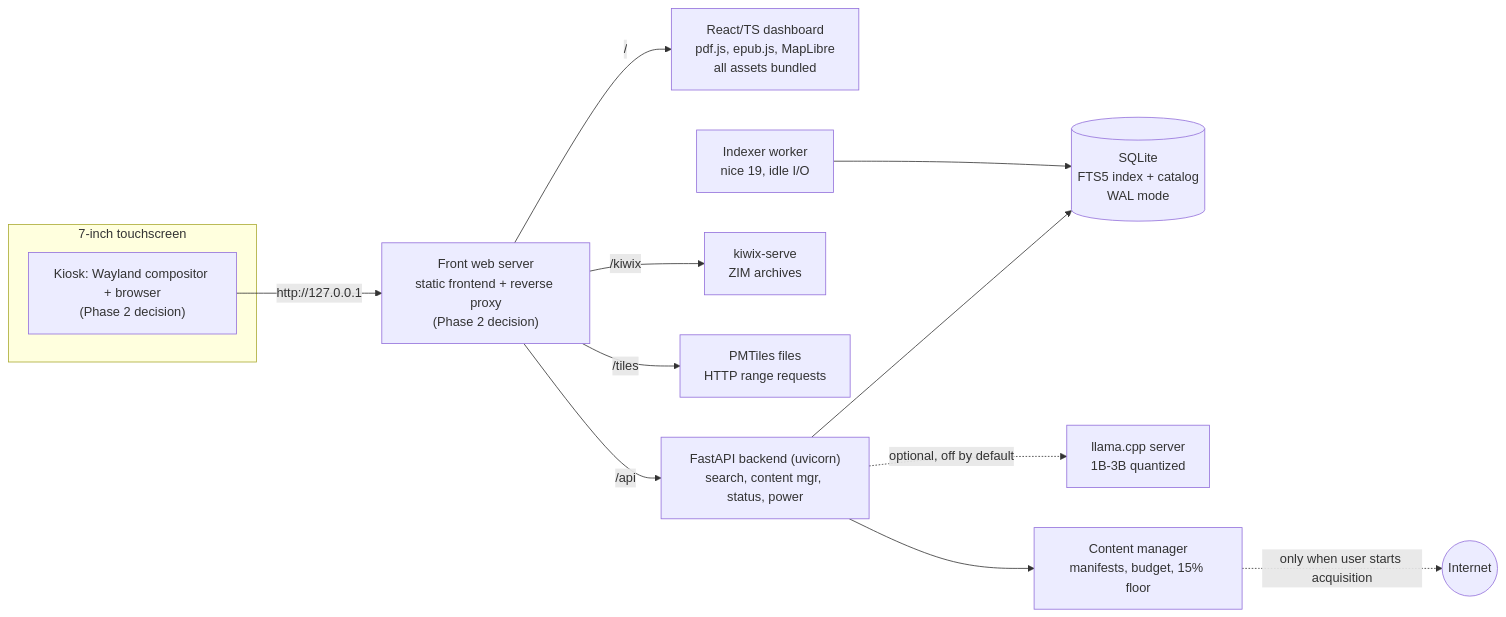
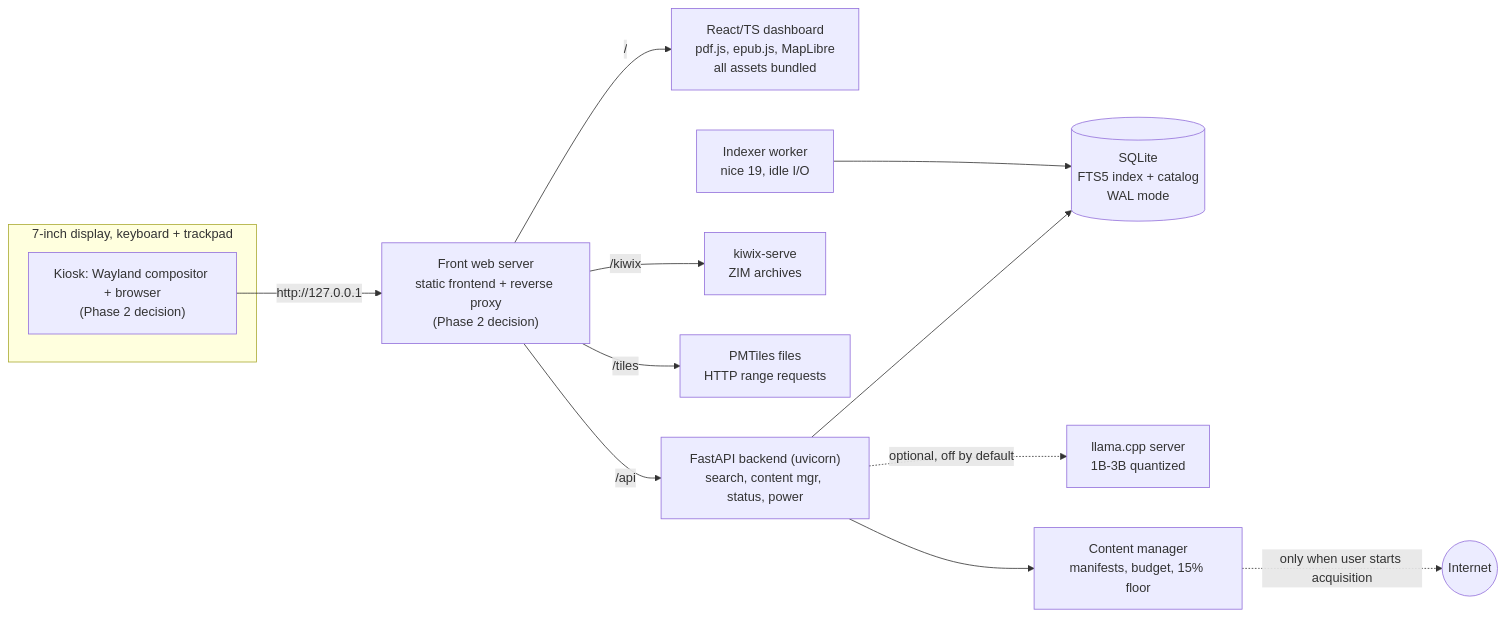
The diagram in docs/ARCHITECTURE.md (cloudelmore/survival-os), drawn with Mermaid before and after one commit. The commit also changed other lines of this file and 13 other files, not shown here.

````diff
--- a/docs/ARCHITECTURE.md
+++ b/docs/ARCHITECTURE.md
@@ -18,16 +20,16 @@
 ```mermaid
 flowchart LR
-  subgraph Display["7-inch touchscreen"]
+  subgraph Display["7-inch display, keyboard + trackpad"]
     K["Kiosk: Wayland compositor + browser<br/>(Phase 2 decision)"]
   end
   K -->|http://127.0.0.1| W["Front web server<br/>static frontend + reverse proxy<br/>(Phase 2 decision)"]
   W -->|/| FE["React/TS dashboard<br/>pdf.js, epub.js, MapLibre<br/>all assets bundled"]
   W -->|/api| API["FastAPI backend (uvicorn)<br/>search, content mgr, status, power"]
   W -->|/kiwix| KX["kiwix-serve<br/>ZIM archives"]
   W -->|/tiles| PM["PMTiles files<br/>HTTP range requests"]
   API --> DB[("SQLite<br/>FTS5 index + catalog<br/>WAL mode")]
   IDX["Indexer worker<br/>nice 19, idle I/O"] --> DB
   API -.optional, off by default.-> LLM["llama.cpp server<br/>1B-3B quantized"]
   API --> CM["Content manager<br/>manifests, budget, 15% floor"]
   CM -.only when user starts acquisition.-> NET(("Internet"))
 ```
````
